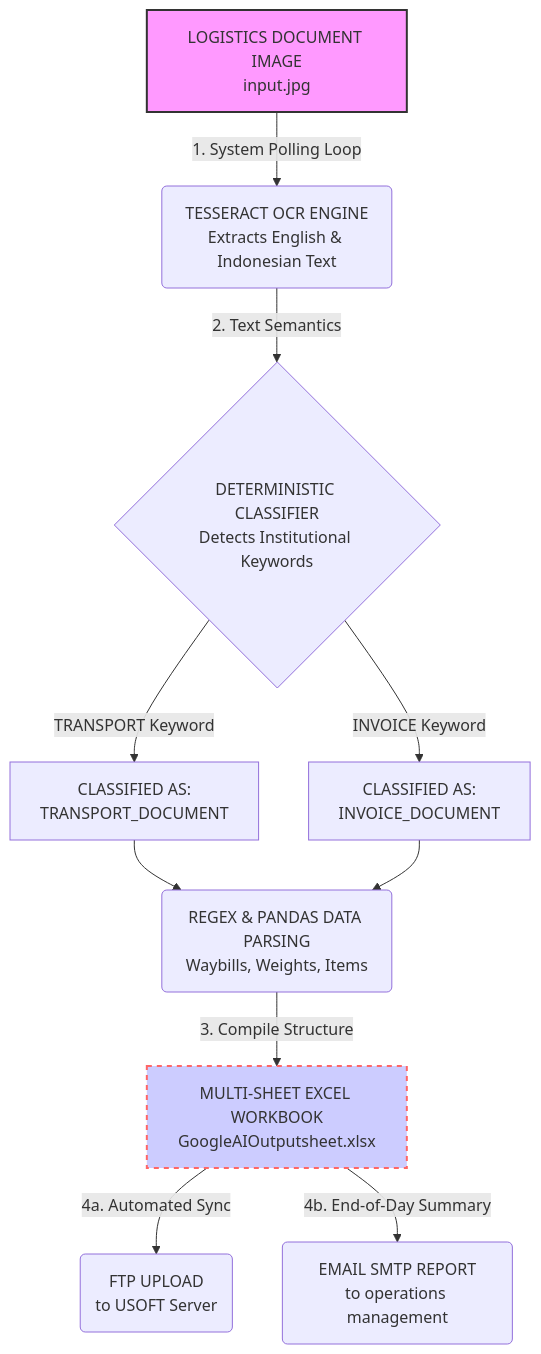
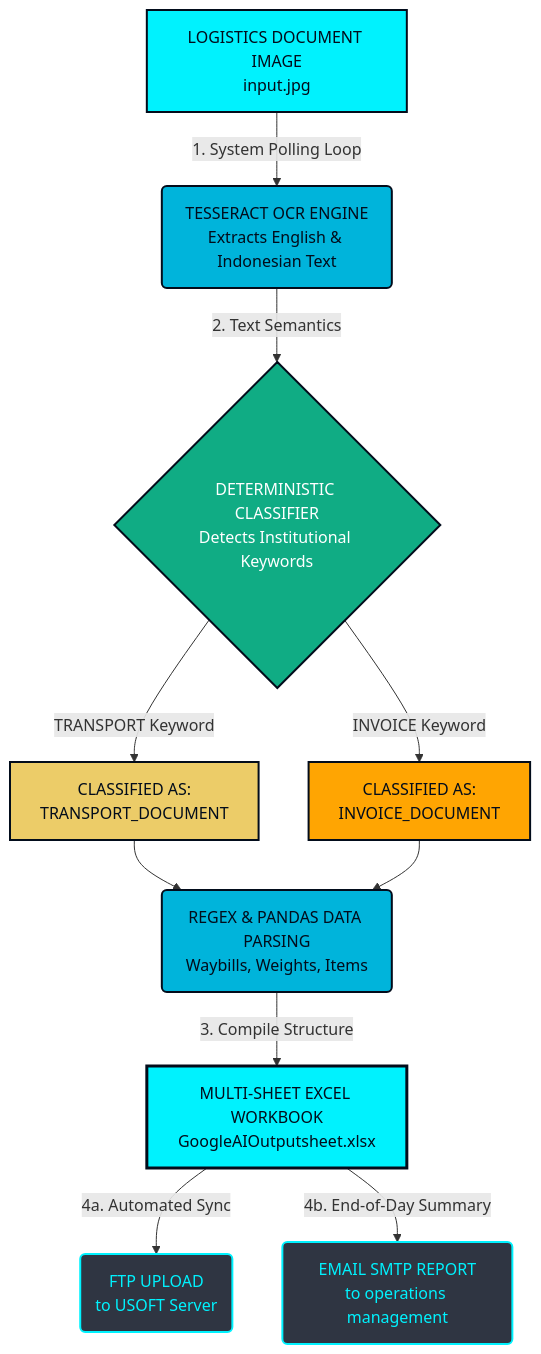
Before and after one commit to nightfurry325-code/ocr-logistics-rpa: the diagram in README.md, drawn with Mermaid.

Commit message:
Style Mermaid diagram with cyber cyan theme

````diff
--- a/README.md
+++ b/README.md
@@ -13,15 +13,23 @@
 ```mermaid
 graph TD
     A[LOGISTICS DOCUMENT IMAGE\ninput.jpg] -->|1. System Polling Loop| B(TESSERACT OCR ENGINE\nExtracts English & Indonesian Text)
     B -->|2. Text Semantics| C{DETERMINISTIC CLASSIFIER\nDetects Institutional Keywords}
     C -->|TRANSPORT Keyword| D[CLASSIFIED AS:\nTRANSPORT_DOCUMENT]
     C -->|INVOICE Keyword| E[CLASSIFIED AS:\nINVOICE_DOCUMENT]
     D --> F(REGEX & PANDAS DATA PARSING\nWaybills, Weights, Items)
     E --> F
     F -->|3. Compile Structure| G[MULTI-SHEET EXCEL WORKBOOK\nGoogleAIOutputsheet.xlsx]
     G -->|4a. Automated Sync| H(FTP UPLOAD\nto USOFT Server)
     G -->|4b. End-of-Day Summary| I(EMAIL SMTP REPORT\nto operations management)
 
-    style A fill:#f9f,stroke:#333,stroke-width:2px
-    style G fill:#ccf,stroke:#f66,stroke-width:2px,stroke-dasharray: 5, 5
+    %% Neon Cyan Styling
+    style A fill:#00f2fe,stroke:#020c1b,stroke-width:2px,color:#020c1b
+    style B fill:#00b4db,stroke:#020c1b,stroke-width:2px,color:#020c1b
+    style C fill:#10ac84,stroke:#020c1b,stroke-width:2px,color:#fff
+    style D fill:#eccc68,stroke:#020c1b,stroke-width:2px,color:#020c1b
+    style E fill:#ffa502,stroke:#020c1b,stroke-width:2px,color:#020c1b
+    style F fill:#00b4db,stroke:#020c1b,stroke-width:2px,color:#020c1b
+    style G fill:#00f2fe,stroke:#020c1b,stroke-width:3px,color:#020c1b
+    style H fill:#2f3542,stroke:#00f2fe,stroke-width:2px,color:#00f2fe
+    style I fill:#2f3542,stroke:#00f2fe,stroke-width:2px,color:#00f2fe
 ```
````
